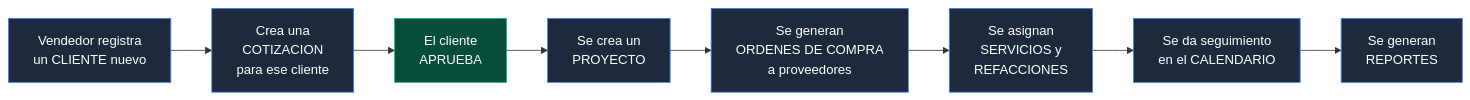
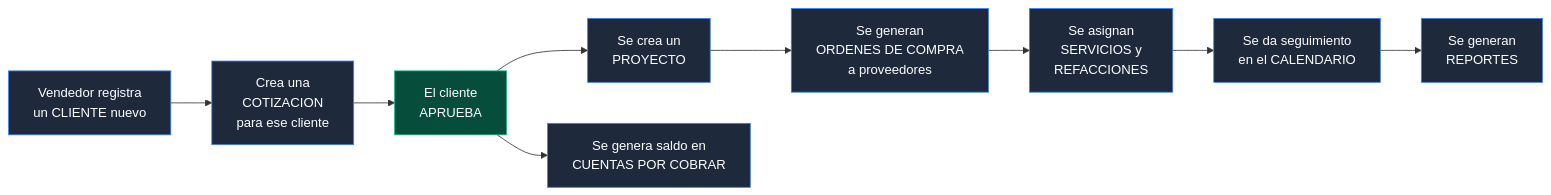
The fourth of 5 diagrams in docs/diagramas/00-resumen-ejecutivo-proyecto.md (Lycar-Desarrollos/Lebaref-1.0), drawn with Mermaid before and after one commit. The commit also changed other lines of this file and 19 other files, not shown here.

Commit message:
feat: modulos cuentas-por-cobrar, mejoras quote-manager, layout y reglas firestore

````diff
--- a/docs/diagramas/00-resumen-ejecutivo-proyecto.md
+++ b/docs/diagramas/00-resumen-ejecutivo-proyecto.md
@@ -148,19 +150,21 @@
 ```mermaid
 graph LR
     A["Vendedor registra\nun CLIENTE nuevo"] --> B["Crea una\nCOTIZACION\npara ese cliente"]
     B --> C["El cliente\nAPRUEBA"]
     C --> D["Se crea un\nPROYECTO"]
+    C --> CXC["Se genera saldo en\nCUENTAS POR COBRAR"]
     D --> E["Se generan\nORDENES DE COMPRA\na proveedores"]
     E --> F["Se asignan\nSERVICIOS y\nREFACCIONES"]
     F --> G["Se da seguimiento\nen el CALENDARIO"]
     G --> H["Se generan\nREPORTES"]
 
     style A fill:#1e293b,stroke:#3b82f6,color:#fff
     style B fill:#1e293b,stroke:#3b82f6,color:#fff
     style C fill:#064e3b,stroke:#10b981,color:#fff
+    style CXC fill:#1e293b,stroke:#3b82f6,color:#fff
     style D fill:#1e293b,stroke:#3b82f6,color:#fff
     style E fill:#1e293b,stroke:#3b82f6,color:#fff
     style F fill:#1e293b,stroke:#3b82f6,color:#fff
     style G fill:#1e293b,stroke:#3b82f6,color:#fff
     style H fill:#1e293b,stroke:#3b82f6,color:#fff
 ```
````
